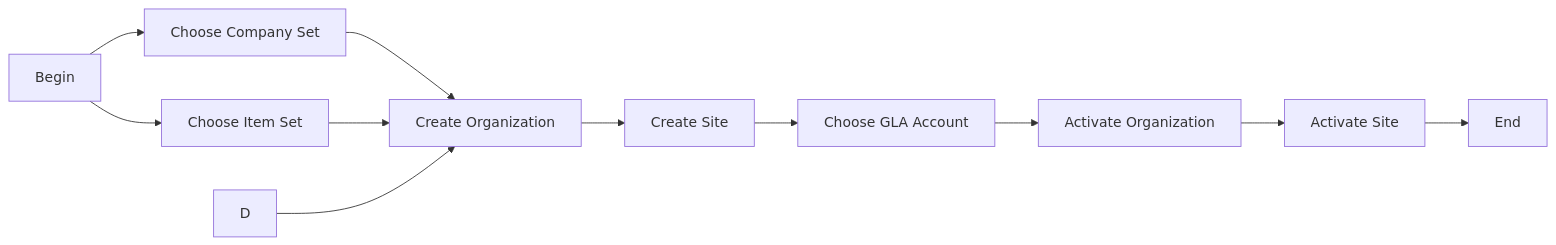
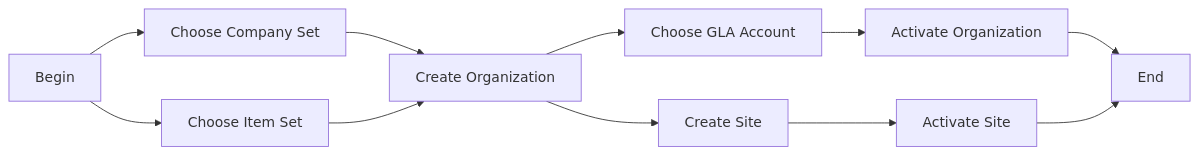
One commit to codersyacht/maximo-knowledge-center changed the diagram in maximo/administration/organizations/01-organization-definition.md. Above: the diagram before and after it, drawn with Mermaid.

Commit message:
01-organization-definition.md

````diff
--- a/maximo/administration/organizations/01-organization-definition.md
+++ b/maximo/administration/organizations/01-organization-definition.md
@@ -15,13 +15,13 @@
 ```mermaid
 graph LR
 A[Begin]-->B[Choose Company Set]
 A[Begin]-->C[Choose Item Set]
-B-->E[Create Organization]
-C-->E
-D-->E
-E-->F[Create Site]
-F-->G[Choose GLA Account]
-G-->H[Activate Organization]
-H-->I[Activate Site]
-I--> J[End]
+B-->D[Create Organization]
+C-->D
+D-->E[Create Site]
+D-->F[Choose GLA Account]
+F-->G[Activate Organization]
+E-->H[Activate Site]
+G--> I[End]
+H--> I[End]
 ```
````
